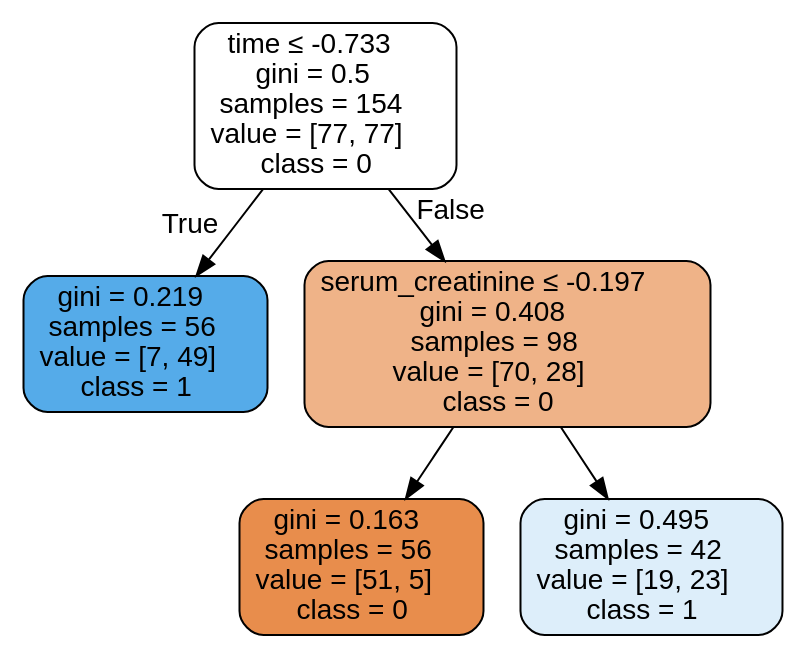
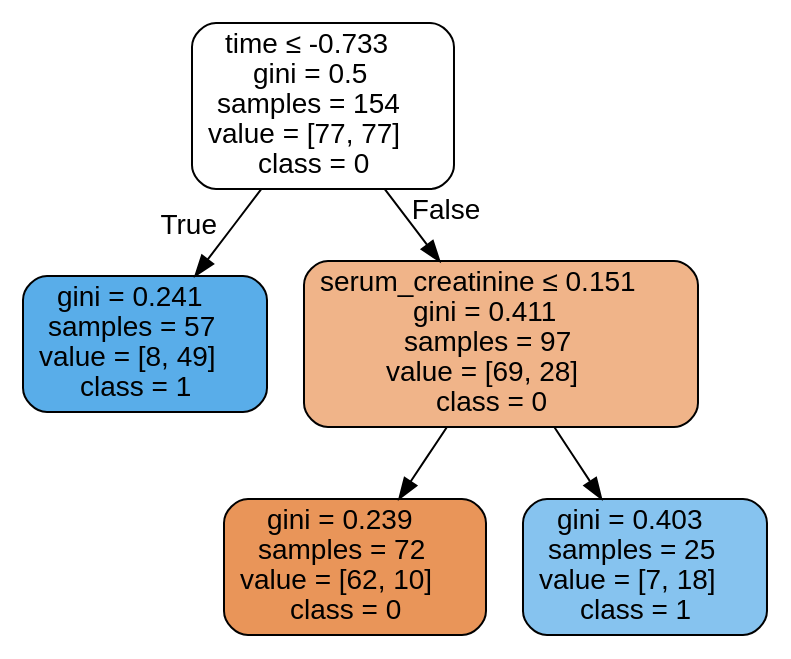
Before and after one commit to isabelSoares/CD-2021: the diagram in Labs/NewClassifiers/Results/DecisionTrees/UnderSample/ - Scaling & Feature Selection/HFCR - UnderSample - dtree.dot, drawn with Graphviz. The commit also changed 261 other files, not shown here.

```diff
--- a/Labs/NewClassifiers/Results/DecisionTrees/UnderSample/ - Scaling & Feature Selection/HFCR - UnderSample - dtree.dot
+++ b/Labs/NewClassifiers/Results/DecisionTrees/UnderSample/ - Scaling & Feature Selection/HFCR - UnderSample - dtree.dot
@@ -1,13 +1,13 @@
 digraph Tree {
 node [shape=box, style="filled, rounded", color="black", fontname=helvetica] ;
 edge [fontname=helvetica] ;
 0 [label=<time &le; -0.733<br/>gini = 0.5<br/>samples = 154<br/>value = [77, 77]<br/>class = 0>, fillcolor="#ffffff"] ;
-1 [label=<gini = 0.219<br/>samples = 56<br/>value = [7, 49]<br/>class = 1>, fillcolor="#55abe9"] ;
+1 [label=<gini = 0.241<br/>samples = 57<br/>value = [8, 49]<br/>class = 1>, fillcolor="#59ade9"] ;
 0 -> 1 [labeldistance=2.5, labelangle=45, headlabel="True"] ;
-2 [label=<serum_creatinine &le; -0.197<br/>gini = 0.408<br/>samples = 98<br/>value = [70, 28]<br/>class = 0>, fillcolor="#efb388"] ;
+2 [label=<serum_creatinine &le; 0.151<br/>gini = 0.411<br/>samples = 97<br/>value = [69, 28]<br/>class = 0>, fillcolor="#f0b489"] ;
 0 -> 2 [labeldistance=2.5, labelangle=-45, headlabel="False"] ;
-3 [label=<gini = 0.163<br/>samples = 56<br/>value = [51, 5]<br/>class = 0>, fillcolor="#e88d4c"] ;
+3 [label=<gini = 0.239<br/>samples = 72<br/>value = [62, 10]<br/>class = 0>, fillcolor="#e99559"] ;
 2 -> 3 ;
-4 [label=<gini = 0.495<br/>samples = 42<br/>value = [19, 23]<br/>class = 1>, fillcolor="#ddeefa"] ;
+4 [label=<gini = 0.403<br/>samples = 25<br/>value = [7, 18]<br/>class = 1>, fillcolor="#86c3ef"] ;
 2 -> 4 ;
 }
```
